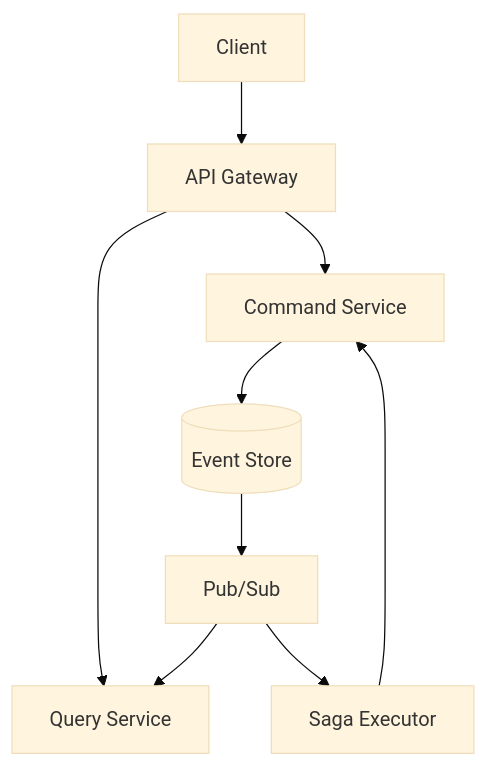
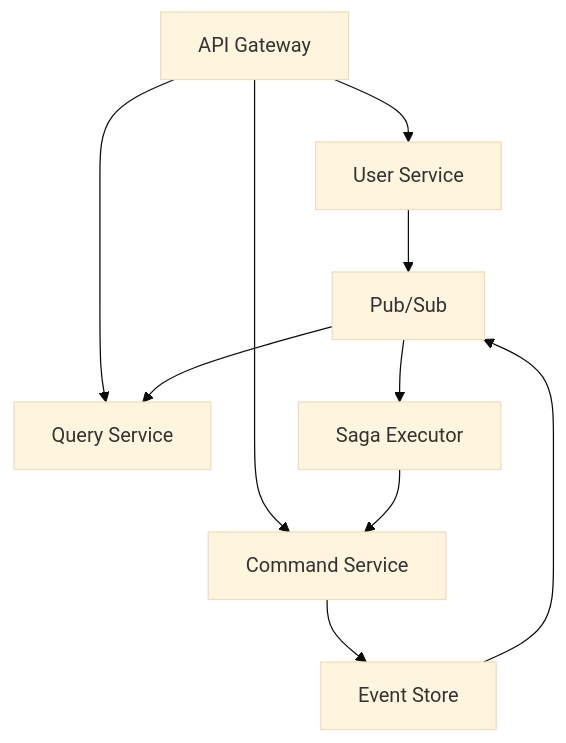
The diagram in docs/architecture/microservices.md (watarui/effect), drawn with Mermaid (base theme) before and after one commit. The commit also changed other lines of this file and 20 other files, not shown here.

````diff
--- a/docs/architecture/microservices.md
+++ b/docs/architecture/microservices.md
@@ -239,11 +332,12 @@
 ```mermaid
 graph TD
-    Client[Client] --> AG[API Gateway]
-    AG --> CS[Command Service]
-    AG --> QS[Query Service]
-    CS --> ES[(Event Store)]
-    ES --> PS[Pub/Sub]
-    PS --> QS
-    PS --> SE[Saga Executor]
-    SE --> CS
+    A[API Gateway] --> B[User Service]
+    A --> C[Command Service]
+    A --> D[Query Service]
+    C --> E[Event Store]
+    E --> F[Pub/Sub]
+    F --> D
+    F --> G[Saga Executor]
+    G --> C
+    B --> F
 ```
````
